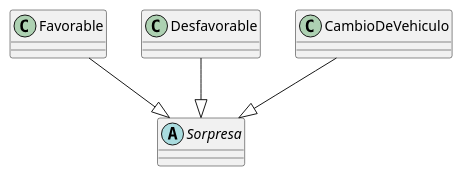
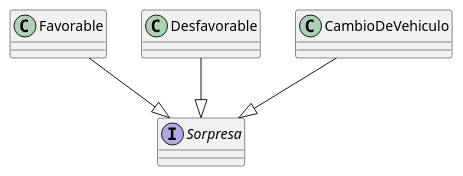
One commit to FacundoBaez1994/Algo3Tp2 changed the diagram in diagrams/classes/DiagramaDeClasesHerenciaSorpresa.puml. Above: the diagram before and after it, drawn with PlantUML. The commit also changed 5 other files, not shown here.

Commit message:
Diagrama de Clases actualizados

```diff
--- a/diagrams/classes/DiagramaDeClasesHerenciaSorpresa.puml
+++ b/diagrams/classes/DiagramaDeClasesHerenciaSorpresa.puml
@@ -1,9 +1,9 @@
 @startuml
-abstract class Sorpresa
+interface Sorpresa
 class Favorable
 class Desfavorable
 class CambioDeVehiculo
 Favorable --|> Sorpresa
 Desfavorable --|> Sorpresa
 CambioDeVehiculo --|> Sorpresa
 @enduml
```
